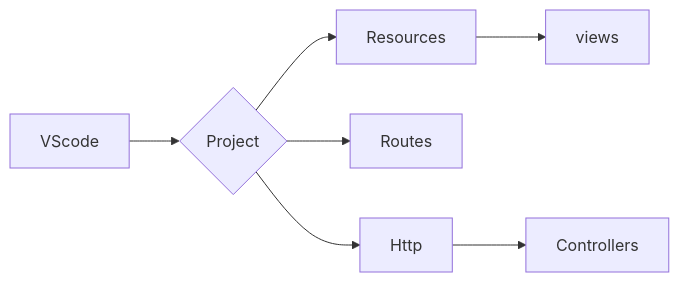
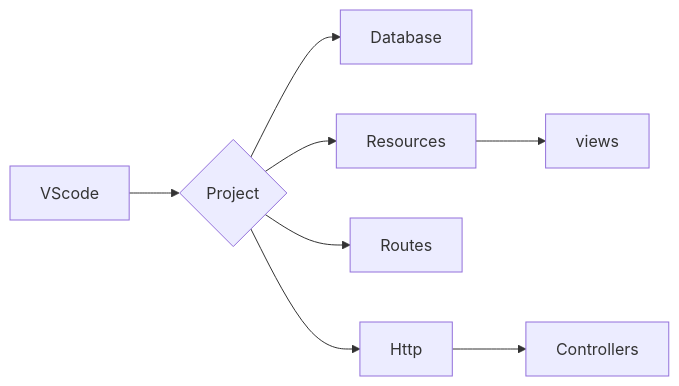
One commit to SauloCandeira/PHP-Laravel changed the diagram in readme.md. Above: the diagram before and after it, drawn with Mermaid.

````diff
--- a/readme.md
+++ b/readme.md
@@ -19,11 +19,13 @@
 ```mermaid
 flowchart LR
 B[VScode]
 
 B --> C{Project}
+C --> P[Database]
+
 C --> N[Resources]
 N --> O[views]
 C --> K[Routes]
 C --> L[Http]
 L --> M[Controllers]
 ```
````
